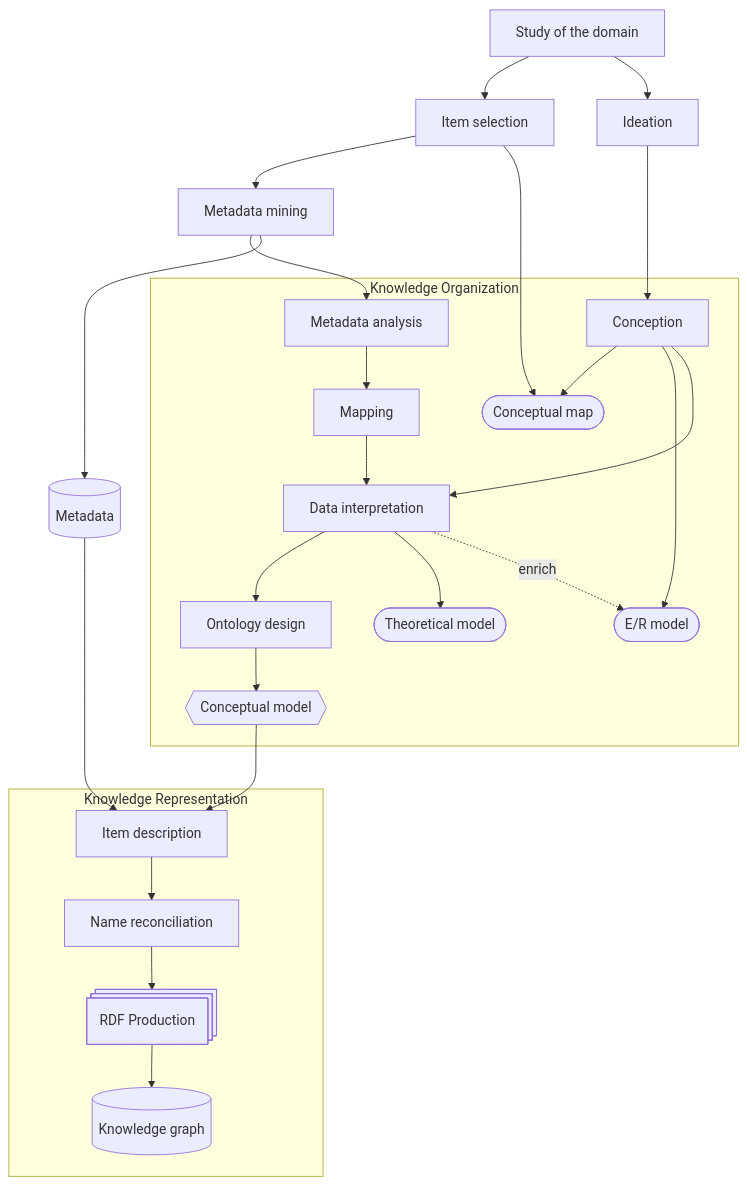
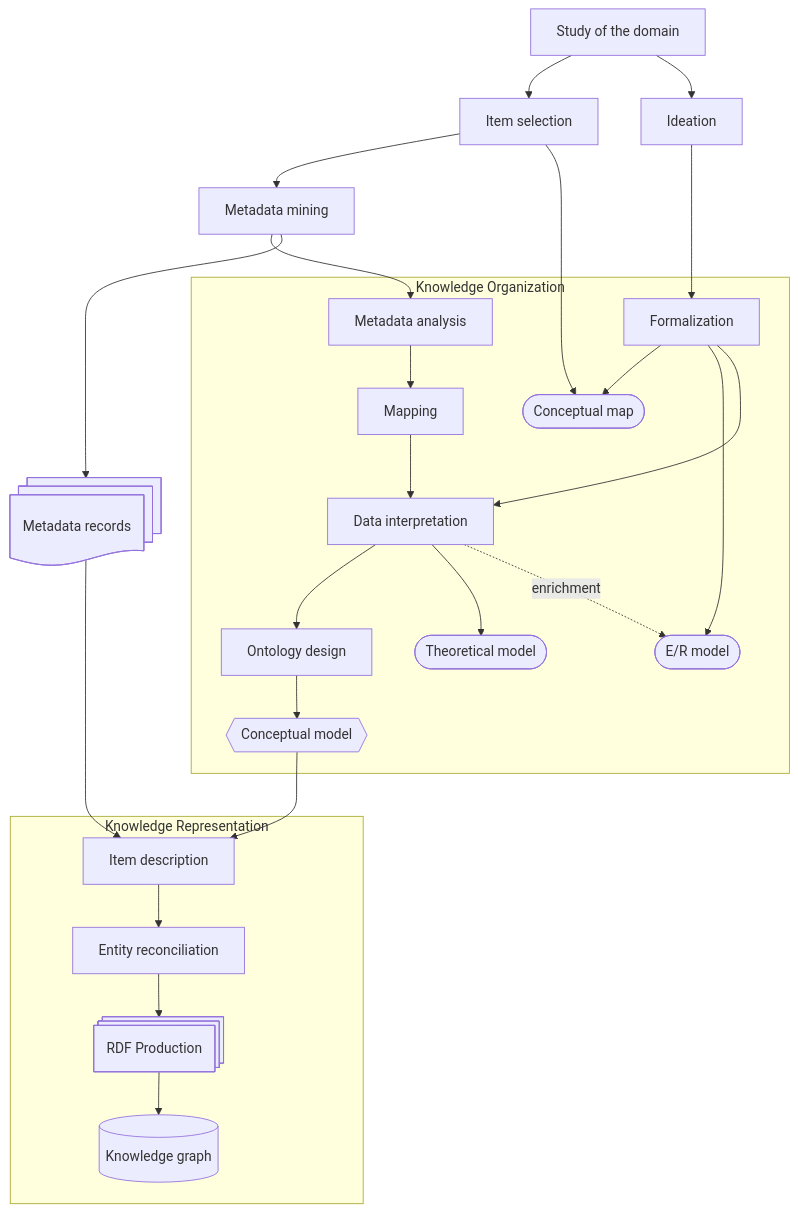
One commit to f3mf/gdo changed the diagram in docs/index.md. Above: the diagram before and after it, drawn with Mermaid. The commit also changed other lines of this file and 1 other file, not shown here.

Commit message:
Improved workflow

````diff
--- a/docs/index.md
+++ b/docs/index.md
@@ -10,51 +20,51 @@
 ``` mermaid
 flowchart TB
-  D[Study of the domain]
-  IS[Item selection]
-  MM[Metadata mining]
-  I[Ideation]
-  m[(Metadata)]
+  Domain[Study of the domain]
+  Items[Item selection]
+  Mining[Metadata mining]
+  Ideation[Ideation]
+  Records@{ shape: documents, label: "Metadata records" }
 
   subgraph Knowledge Organization
-    C[Conception]
-    MA[Metadata analysis]
-    M[Mapping]
-    DI[Data interpretation]
-    OD[Ontology design]
-    CM([Conceptual map])
+    Formalization[Formalization]
+    Analysis[Metadata analysis]
+    Mapping[Mapping]
+    Interpretation[Data interpretation]
+    Ontology[Ontology design]
+    Map([Conceptual map])
     ER([E/R model])
-    TM([Theoretical model])
-    CMo{{Conceptual model}}
+    Theoretical([Theoretical model])
+    Conceptual{{Conceptual model}}
   end
 
   subgraph Knowledge Representation
-    ID[Item description]
-    NR[Name reconciliation]
+    Description[Item description]
+    Reconciliation[Entity reconciliation]
     RDF@{ shape: processes, label: "RDF Production" }
-    f[(Knowledge graph)]
+    Graph[(Knowledge graph)]
   end
 
-  D --> IS
-  D --> I
-  I ---> C
-  C --> CM
-  C --> ER
-  C ---> DI
-  IS --> MM
-  IS --> CM
-  MM --> MA
-  MM --> m
-  MA --> M
-  M --> DI
-  DI --> OD
-  DI --> TM
-  DI -.->|enrich| ER
-  OD --> CMo
+  Domain --> Items
+  Domain --> Ideation
+  Ideation ---> Formalization
+  Formalization --> Map
+  Formalization --> ER
+  Formalization ---> Interpretation
+  Items --> Mining
+  Items --> Map
+  Mining --> Analysis
+  Mining --> Records
+  Analysis --> Mapping
+  Mapping --> Interpretation
+  Interpretation --> Ontology
+  Interpretation --> Theoretical
+  Interpretation -.->|enrichment| ER
+  Ontology --> Conceptual
 
-  m ----> ID
-  CMo --> ID
-  ID --> NR
-  NR --> RDF
-  RDF --> f
+  Records ----> Description
+  Conceptual --> Description
+  Description --> Reconciliation
+  Reconciliation --> RDF
+  RDF --> Graph
 
 ```
````
